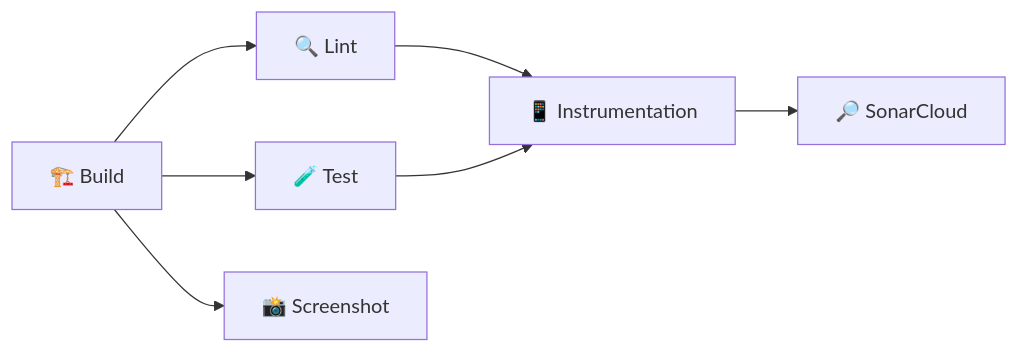
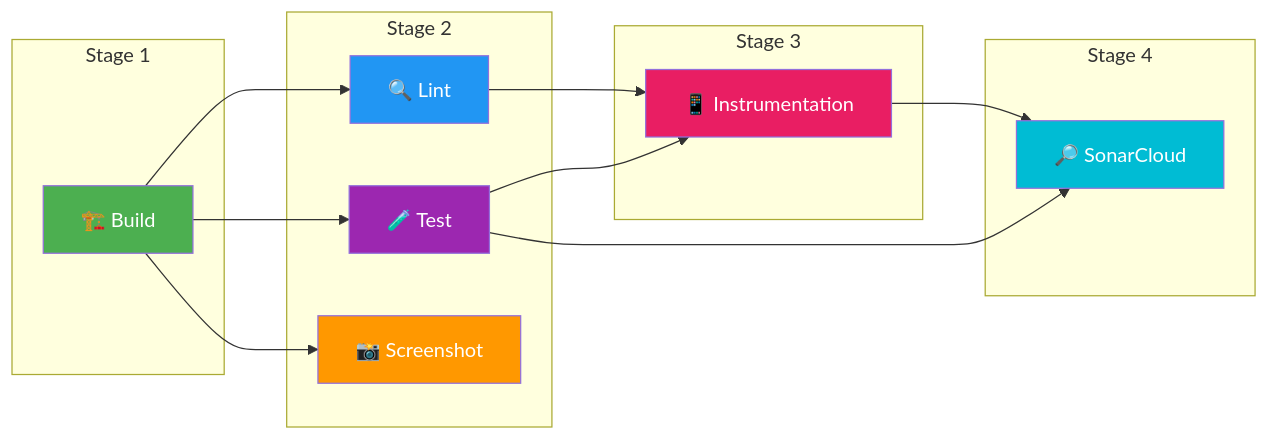
One commit to 2026-DEV2-007-Hatem-NOUREDDINE/tictactoe changed the seventh of 17 diagrams in README.md. Above: the diagram before and after it, drawn with Mermaid. The commit also changed other lines of this file and 44 other files, not shown here.

````diff
--- a/README.md
+++ b/README.md
@@ -87,9 +290,37 @@
 ```mermaid
-graph LR
-    A[🏗️ Build] --> B[🔍 Lint]
-    A --> C[🧪 Test]
-    A --> D[📸 Screenshot]
-    B --> E[📱 Instrumentation]
-    C --> E
-    E --> F[🔎 SonarCloud]
+flowchart LR
+    subgraph "Stage 1"
+        BUILD[🏗️ Build]
+    end
+    
+    subgraph "Stage 2"
+        LINT[🔍 Lint]
+        TEST[🧪 Test]
+        SCREEN[📸 Screenshot]
+    end
+    
+    subgraph "Stage 3"
+        INSTR[📱 Instrumentation]
+    end
+    
+    subgraph "Stage 4"
+        SONAR[🔎 SonarCloud]
+    end
+    
+    BUILD --> LINT
+    BUILD --> TEST
+    BUILD --> SCREEN
+    
+    LINT --> INSTR
+    TEST --> INSTR
+    
+    INSTR --> SONAR
+    TEST --> SONAR
+    
+    style BUILD fill:#4CAF50,color:#fff
+    style LINT fill:#2196F3,color:#fff
+    style TEST fill:#9C27B0,color:#fff
+    style SCREEN fill:#FF9800,color:#fff
+    style INSTR fill:#E91E63,color:#fff
+    style SONAR fill:#00BCD4,color:#fff
 ```
````
